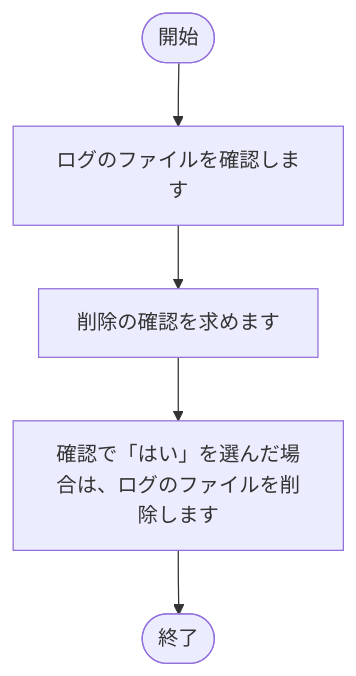
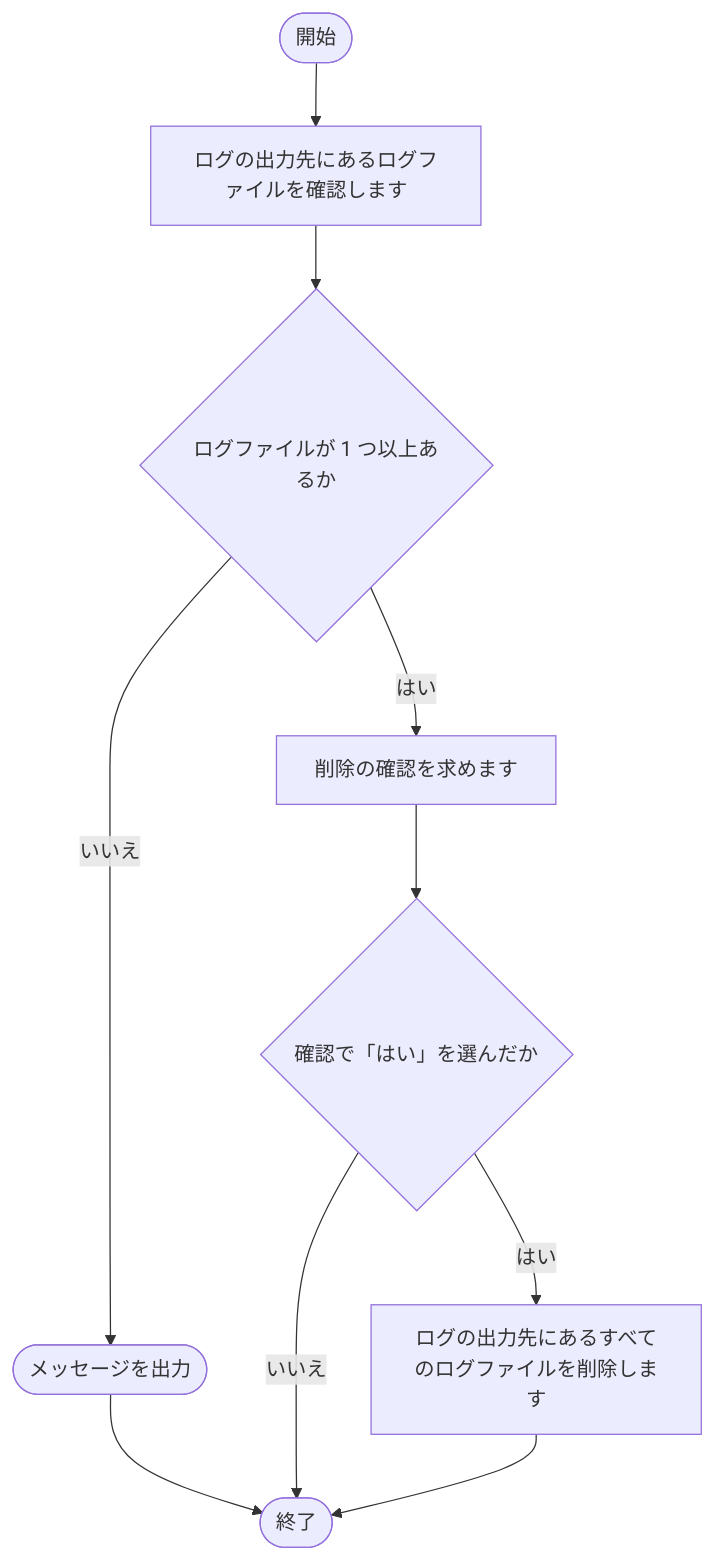
The fourth of 12 diagrams in tool/package-generator/doc/02_設計/処理フロー.md (nishida2073/project_management), drawn with Mermaid before and after one commit. The commit also changed other lines of this file and 16 other files, not shown here.

````diff
--- a/tool/package-generator/doc/02_設計/処理フロー.md
+++ b/tool/package-generator/doc/02_設計/処理フロー.md
@@ -107,12 +121,20 @@
 ```mermaid
 flowchart TD
     S(["開始"])
     E(["終了"])
-    N1["ログのファイルを確認します"]
+    N1["ログの出力先にあるログファイルを確認します"]
     S --> N1
-    N2["削除の確認を求めます"]
+    N2{"ログファイルが 1 つ以上あるか"}
     N1 --> N2
-    N3["確認で「はい」を選んだ場合は、ログのファイルを削除します"]
-    N2 --> N3
-    N3 --> E
+    X1(["メッセージを出力"])
+    N2 -- いいえ --> X1
+    X1 --> E
+    N3["削除の確認を求めます"]
+    N2 -- はい --> N3
+    N4{"確認で「はい」を選んだか"}
+    N3 --> N4
+    N4 -- いいえ --> E
+    N5["ログの出力先にあるすべてのログファイルを削除します"]
+    N4 -- はい --> N5
+    N5 --> E
 ```
````
